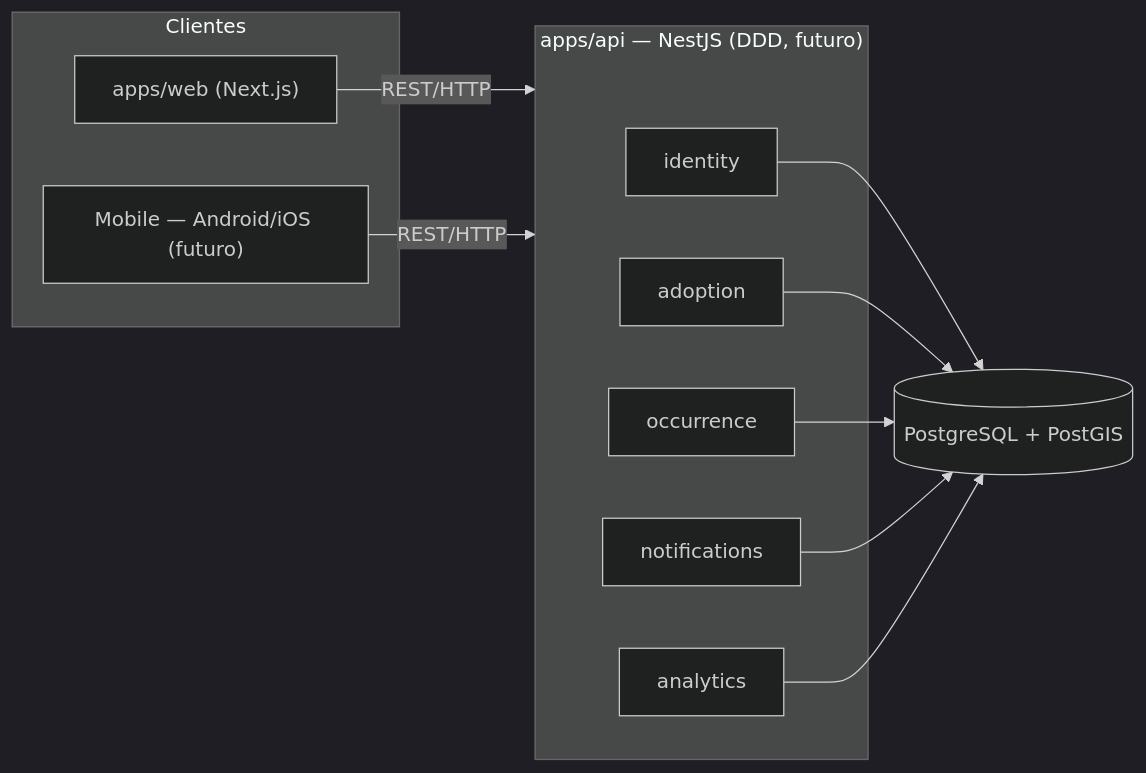
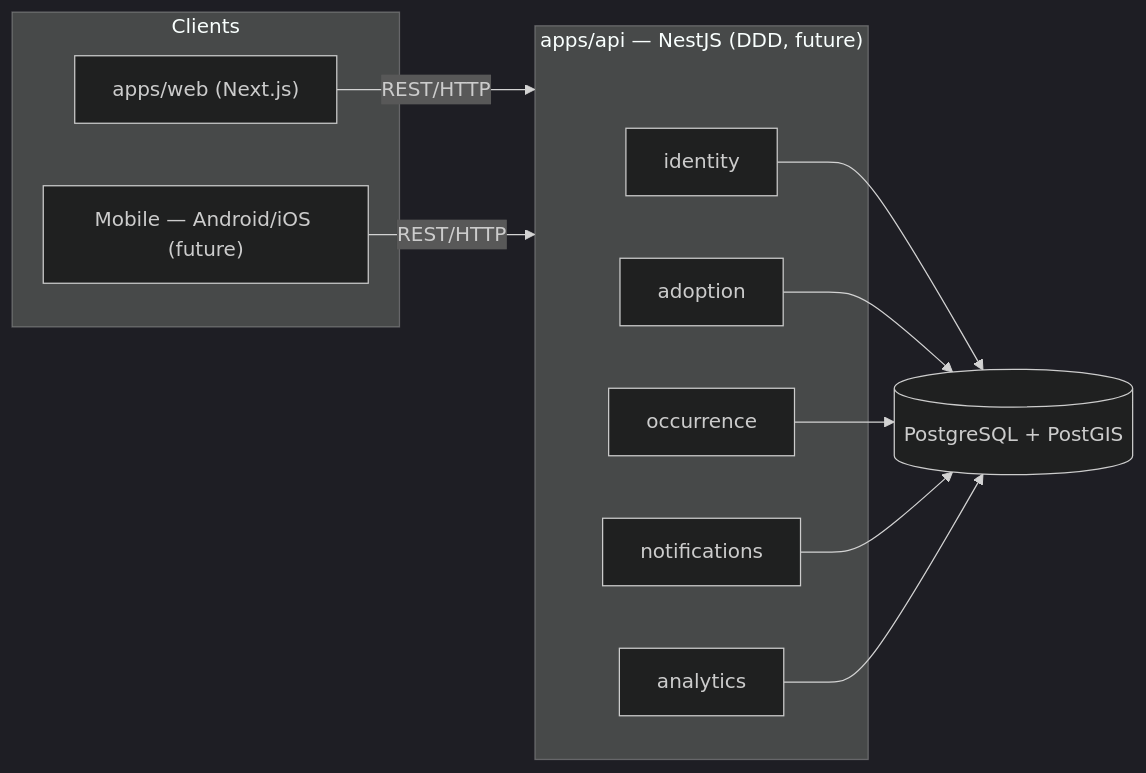
One commit to marowyck/animaps-v1 changed the diagram in README.md. Above: the diagram before and after it, drawn with Mermaid (dark theme). The commit also changed other lines of this file and 21 other files, not shown here.

First line of the commit message:
docs: English docs and schema ready for web-to-mobile growth

````diff
--- a/README.md
+++ b/README.md
@@ -77,25 +70,25 @@
 ```mermaid
 flowchart LR
-    subgraph clients ["Clientes"]
+    subgraph clients ["Clients"]
         web["apps/web (Next.js)"]
-        mobile["Mobile — Android/iOS (futuro)"]
+        mobile["Mobile — Android/iOS (future)"]
     end
 
-    subgraph api ["apps/api — NestJS (DDD, futuro)"]
+    subgraph api ["apps/api — NestJS (DDD, future)"]
         identity["identity"]
         adoption["adoption"]
         occurrence["occurrence"]
         notifications["notifications"]
         analytics["analytics"]
     end
 
     db[("PostgreSQL + PostGIS")]
 
     web -->|"REST/HTTP"| api
     mobile -->|"REST/HTTP"| api
     identity --> db
     adoption --> db
     occurrence --> db
     notifications --> db
     analytics --> db
 ```
````
